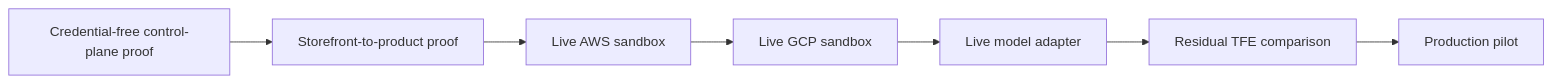
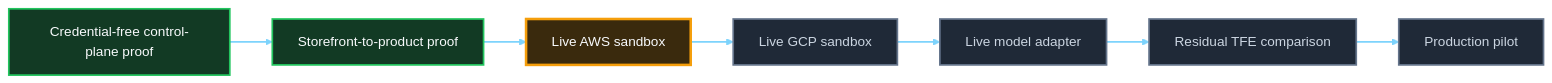
The sixth of 6 diagrams in README.md (SAABOLImpactVenture/ai-powered-infrastructure-as-a-product), drawn with Mermaid before and after one commit. The commit also changed other lines of this file and 5 other files, not shown here.

````diff
--- a/README.md
+++ b/README.md
@@ -414,9 +517,17 @@
 ```mermaid
 flowchart LR
   G0[Credential-free control-plane proof] --> G1[Storefront-to-product proof]
   G1 --> G2[Live AWS sandbox]
   G2 --> G3[Live GCP sandbox]
   G3 --> G4[Live model adapter]
   G4 --> G5[Residual TFE comparison]
   G5 --> G6[Production pilot]
+
+  classDef complete fill:#123A24,stroke:#22C55E,stroke-width:2px,color:#F8FAFC
+  classDef next fill:#3A2A0D,stroke:#F59E0B,stroke-width:3px,color:#F8FAFC
+  classDef future fill:#1F2937,stroke:#64748B,stroke-width:2px,color:#CBD5E1
+  class G0,G1 complete
+  class G2 next
+  class G3,G4,G5,G6 future
+  linkStyle default stroke:#7DD3FC,stroke-width:2px
 ```
````
